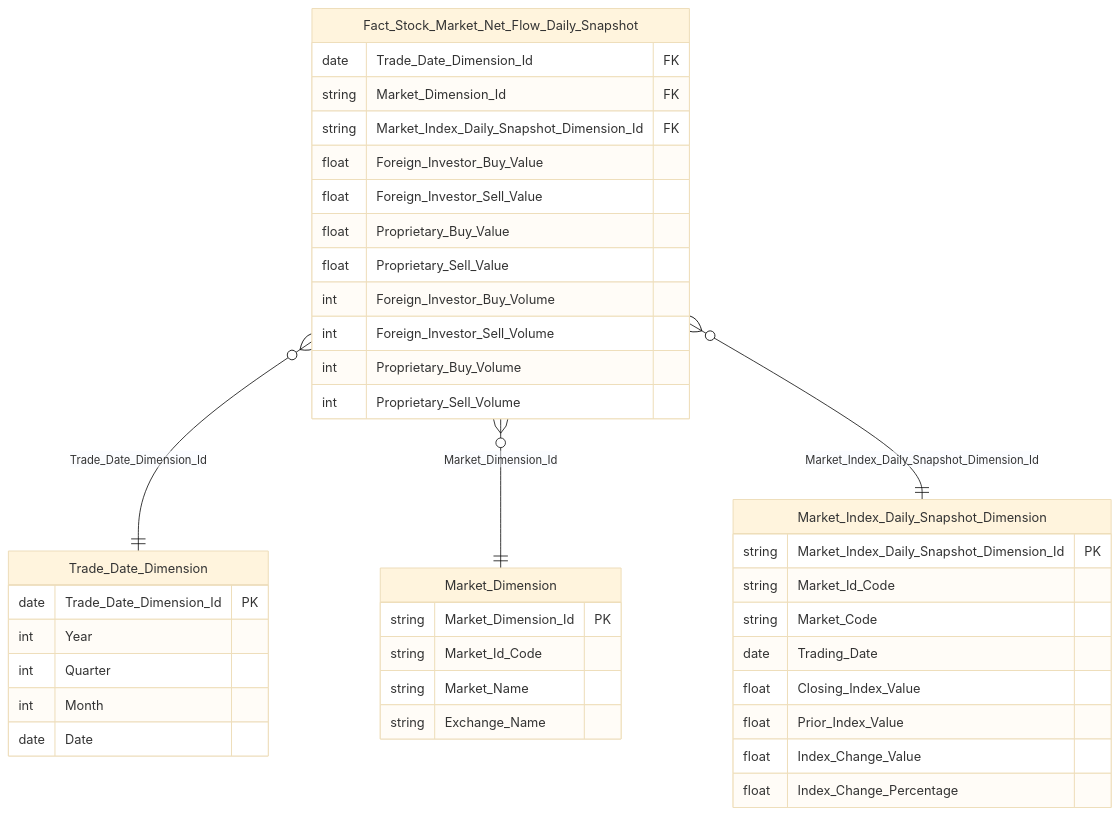
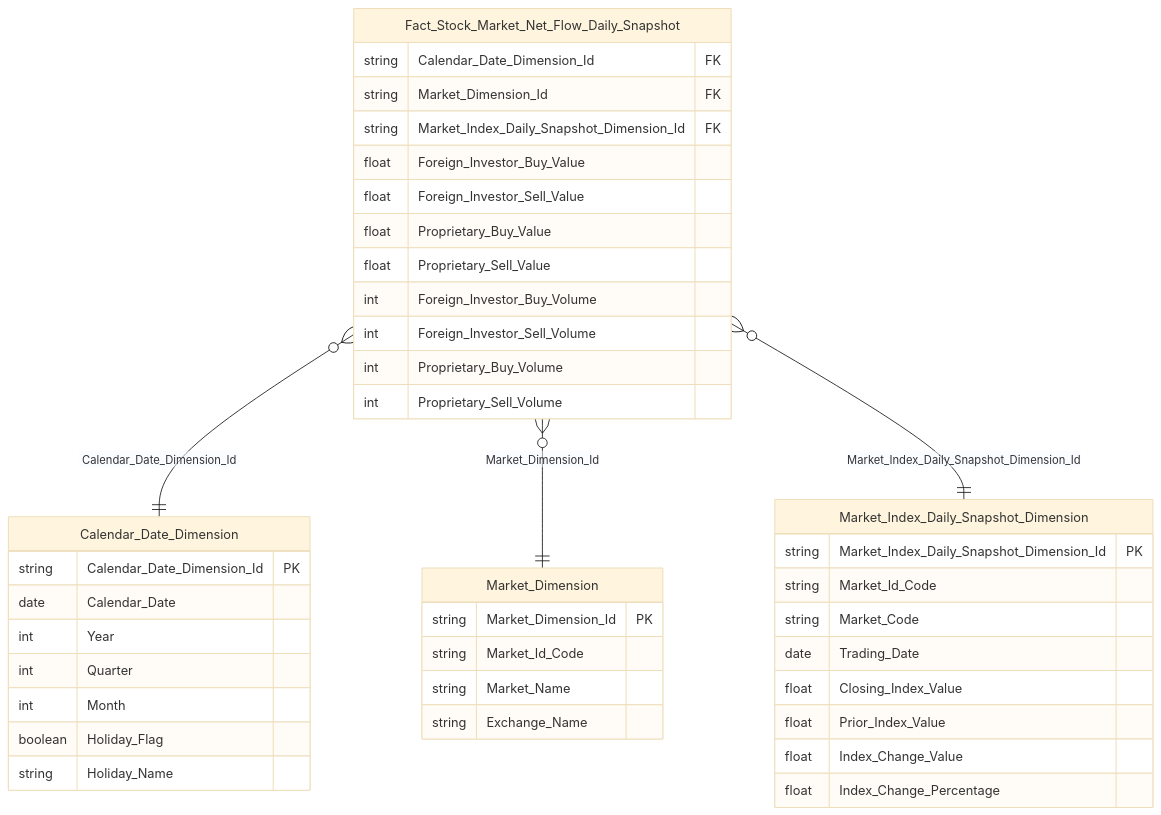
One commit to linhlvit/ubck_atomic_design changed diagram 13 of 49 in Datamart/hld/DTM_VP_HLD.md. Above: the diagram before and after it, drawn with Mermaid (base theme). The commit also changed other lines of this file and 2 other files, not shown here.

````diff
--- a/Datamart/hld/DTM_VP_HLD.md
+++ b/Datamart/hld/DTM_VP_HLD.md
@@ -104,42 +387,44 @@
 ```mermaid
 erDiagram
     Fact_Stock_Market_Net_Flow_Daily_Snapshot {
-        date Trade_Date_Dimension_Id FK
+        string Calendar_Date_Dimension_Id FK
         string Market_Dimension_Id FK
         string Market_Index_Daily_Snapshot_Dimension_Id FK
         float Foreign_Investor_Buy_Value
         float Foreign_Investor_Sell_Value
         float Proprietary_Buy_Value
         float Proprietary_Sell_Value
         int Foreign_Investor_Buy_Volume
         int Foreign_Investor_Sell_Volume
         int Proprietary_Buy_Volume
         int Proprietary_Sell_Volume
     }
-    Trade_Date_Dimension {
-        date Trade_Date_Dimension_Id PK
+    Calendar_Date_Dimension {
+        string Calendar_Date_Dimension_Id PK
+        date Calendar_Date
         int Year
         int Quarter
         int Month
-        date Date
+        boolean Holiday_Flag
+        string Holiday_Name
     }
     Market_Dimension {
         string Market_Dimension_Id PK
         string Market_Id_Code
         string Market_Name
         string Exchange_Name
     }
     Market_Index_Daily_Snapshot_Dimension {
         string Market_Index_Daily_Snapshot_Dimension_Id PK
         string Market_Id_Code
         string Market_Code
         date Trading_Date
         float Closing_Index_Value
         float Prior_Index_Value
         float Index_Change_Value
         float Index_Change_Percentage
     }
-    Fact_Stock_Market_Net_Flow_Daily_Snapshot }o--|| Trade_Date_Dimension : "Trade_Date_Dimension_Id"
+    Fact_Stock_Market_Net_Flow_Daily_Snapshot }o--|| Calendar_Date_Dimension : "Calendar_Date_Dimension_Id"
     Fact_Stock_Market_Net_Flow_Daily_Snapshot }o--|| Market_Dimension : "Market_Dimension_Id"
     Fact_Stock_Market_Net_Flow_Daily_Snapshot }o--|| Market_Index_Daily_Snapshot_Dimension : "Market_Index_Daily_Snapshot_Dimension_Id"
 ```
````
